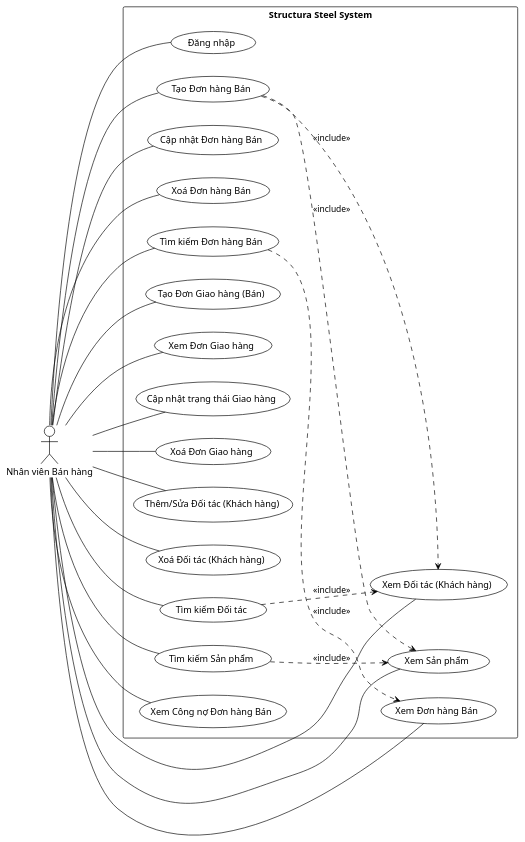
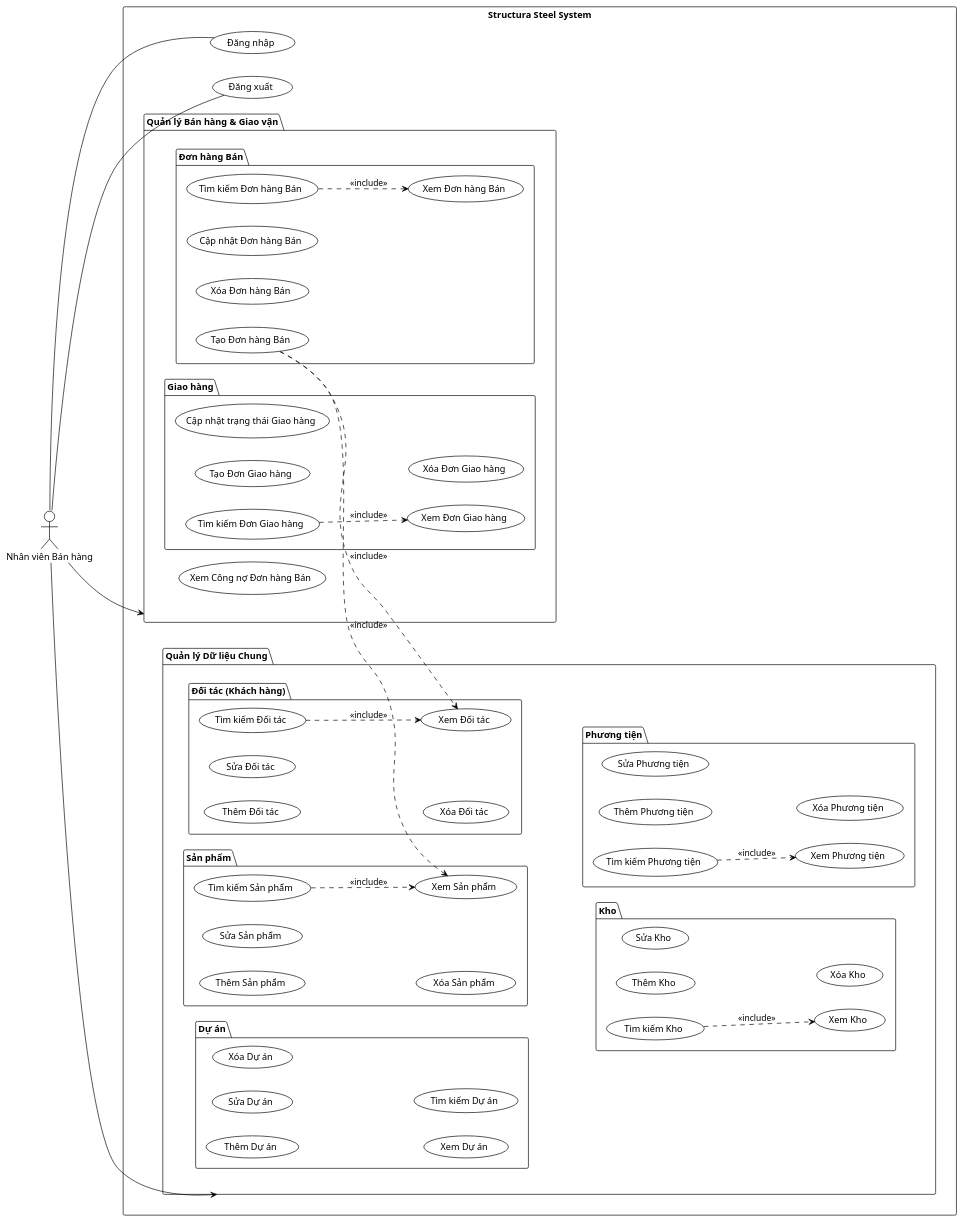
The diagram in Chapter 5/Usecase/Usecase_Saler.puml (AndrewNguyen-05/structura-uml), drawn with PlantUML before and after one commit. The commit also changed 7 other files, not shown here.

```diff
--- a/Chapter 5/Usecase/Usecase_Saler.puml
+++ b/Chapter 5/Usecase/Usecase_Saler.puml
@@ -1,66 +1,93 @@
 @startuml Usecase_Saler
 !theme plain
 
 left to right direction
 actor "Nhân viên Bán hàng" as Saler
 
 rectangle "Structura Steel System" {
+
     usecase "Đăng nhập" as UC_Login
+    usecase "Đăng xuất" as UC_Logout
 
-    ' --- Quản lý Đơn hàng Bán ---
-    usecase "Tạo Đơn hàng Bán" as UC_CreateSale
-    usecase "Xem Đơn hàng Bán" as UC_ViewSale
-    usecase "Cập nhật Đơn hàng Bán" as UC_UpdateSale
-    usecase "Xoá Đơn hàng Bán" as UC_DeleteSale
-    usecase "Tìm kiếm Đơn hàng Bán" as UC_SearchSale
+    ' --- Gói chức năng Bán hàng & Giao vận ---
+    package "Quản lý Bán hàng & Giao vận" {
+        package "Đơn hàng Bán" {
+            usecase "Tạo Đơn hàng Bán" as UC_CreateSale
+            usecase "Xem Đơn hàng Bán" as UC_ViewSale
+            usecase "Cập nhật Đơn hàng Bán" as UC_UpdateSale
+            usecase "Xóa Đơn hàng Bán" as UC_DeleteSale
+            usecase "Tìm kiếm Đơn hàng Bán" as UC_SearchSale
+        }
 
-    ' --- Giao hàng ---
-    usecase "Tạo Đơn Giao hàng (Bán)" as UC_CreateDelivery
-    usecase "Xem Đơn Giao hàng" as UC_ViewDelivery
-    usecase "Cập nhật trạng thái Giao hàng" as UC_UpdateDelivery
-    usecase "Xoá Đơn Giao hàng" as UC_DeleteDelivery
+        package "Giao hàng" {
+            usecase "Tạo Đơn Giao hàng" as UC_CreateDelivery
+            usecase "Xem Đơn Giao hàng" as UC_ViewDelivery
+            usecase "Cập nhật trạng thái Giao hàng" as UC_UpdateDelivery
+            usecase "Xóa Đơn Giao hàng" as UC_DeleteDelivery
+            usecase "Tìm kiếm Đơn Giao hàng" as UC_SearchDelivery
+        }
 
-    ' --- Đối tác ---
-    usecase "Xem Đối tác (Khách hàng)" as UC_ViewPartner
-    usecase "Thêm/Sửa Đối tác (Khách hàng)" as UC_EditPartner
-    usecase "Xoá Đối tác (Khách hàng)" as UC_DeletePartner
-    usecase "Tìm kiếm Đối tác" as UC_SearchPartner
+        usecase "Xem Công nợ Đơn hàng Bán" as UC_ViewSaleDebt
+    }
 
-    ' --- Sản phẩm ---
-    usecase "Xem Sản phẩm" as UC_ViewProduct
-    usecase "Tìm kiếm Sản phẩm" as UC_SearchProduct
+    ' --- Gói chức năng Quản lý Dữ liệu ---
+    package "Quản lý Dữ liệu Chung" {
+        package "Đối tác (Khách hàng)" {
+            usecase "Thêm Đối tác" as UC_AddPartner
+            usecase "Sửa Đối tác" as UC_EditPartner
+            usecase "Xóa Đối tác" as UC_DeletePartner
+            usecase "Xem Đối tác" as UC_ViewPartner
+            usecase "Tìm kiếm Đối tác" as UC_SearchPartner
+        }
 
-    ' --- Công nợ ---
-    usecase "Xem Công nợ Đơn hàng Bán" as UC_ViewSaleDebt
+        package "Sản phẩm" {
+            usecase "Thêm Sản phẩm" as UC_AddProduct
+            usecase "Sửa Sản phẩm" as UC_EditProduct
+            usecase "Xóa Sản phẩm" as UC_DeleteProduct
+            usecase "Xem Sản phẩm" as UC_ViewProduct
+            usecase "Tìm kiếm Sản phẩm" as UC_SearchProduct
+        }
+
+        package "Dự án" {
+            usecase "Thêm Dự án" as UC_AddProject
+            usecase "Sửa Dự án" as UC_EditProject
+            usecase "Xóa Dự án" as UC_DeleteProject
+            usecase "Xem Dự án" as UC_ViewProject
+            usecase "Tìm kiếm Dự án" as UC_SearchProject
+        }
+
+        package "Phương tiện" {
+            usecase "Thêm Phương tiện" as UC_AddVehicle
+            usecase "Sửa Phương tiện" as UC_EditVehicle
+            usecase "Xóa Phương tiện" as UC_DeleteVehicle
+            usecase "Xem Phương tiện" as UC_ViewVehicle
+            usecase "Tìm kiếm Phương tiện" as UC_SearchVehicle
+        }
+
+        package "Kho" {
+            usecase "Thêm Kho" as UC_AddWarehouse
+            usecase "Sửa Kho" as UC_EditWarehouse
+            usecase "Xóa Kho" as UC_DeleteWarehouse
+            usecase "Xem Kho" as UC_ViewWarehouse
+            usecase "Tìm kiếm Kho" as UC_SearchWarehouse
+        }
+    }
 }
 
-' --- Quan hệ ---
+' --- Kết nối rút gọn từ Actor tới các Package ---
+Saler --> (Quản lý Bán hàng & Giao vận)
+Saler --> (Quản lý Dữ liệu Chung)
 Saler -- UC_Login
-Saler -- UC_CreateSale
-Saler -- UC_ViewSale
-Saler -- UC_UpdateSale
-Saler -- UC_DeleteSale
-Saler -- UC_SearchSale
+Saler -- UC_Logout
 
-Saler -- UC_CreateDelivery
-Saler -- UC_ViewDelivery
-Saler -- UC_UpdateDelivery
-Saler -- UC_DeleteDelivery
-
-Saler -- UC_ViewPartner
-Saler -- UC_EditPartner
-Saler -- UC_DeletePartner
-Saler -- UC_SearchPartner
-
-Saler -- UC_ViewProduct
-Saler -- UC_SearchProduct
-
-Saler -- UC_ViewSaleDebt
-
-' --- Include ---
+' --- Các include relationships (giữ nguyên) ---
 UC_CreateSale ..> UC_ViewPartner : <<include>>
 UC_CreateSale ..> UC_ViewProduct : <<include>>
 UC_SearchSale ..> UC_ViewSale : <<include>>
 UC_SearchPartner ..> UC_ViewPartner : <<include>>
 UC_SearchProduct ..> UC_ViewProduct : <<include>>
+UC_SearchVehicle ..> UC_ViewVehicle : <<include>>
+UC_SearchWarehouse ..> UC_ViewWarehouse : <<include>>
+UC_SearchDelivery ..> UC_ViewDelivery : <<include>>
+
 @enduml
```
